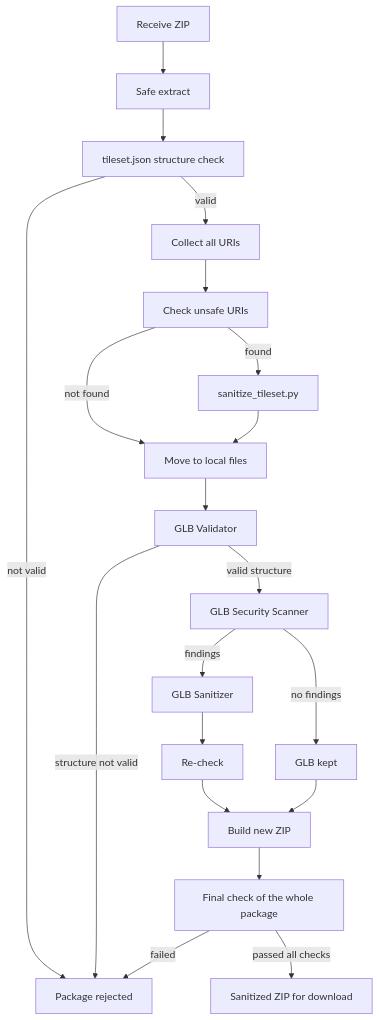
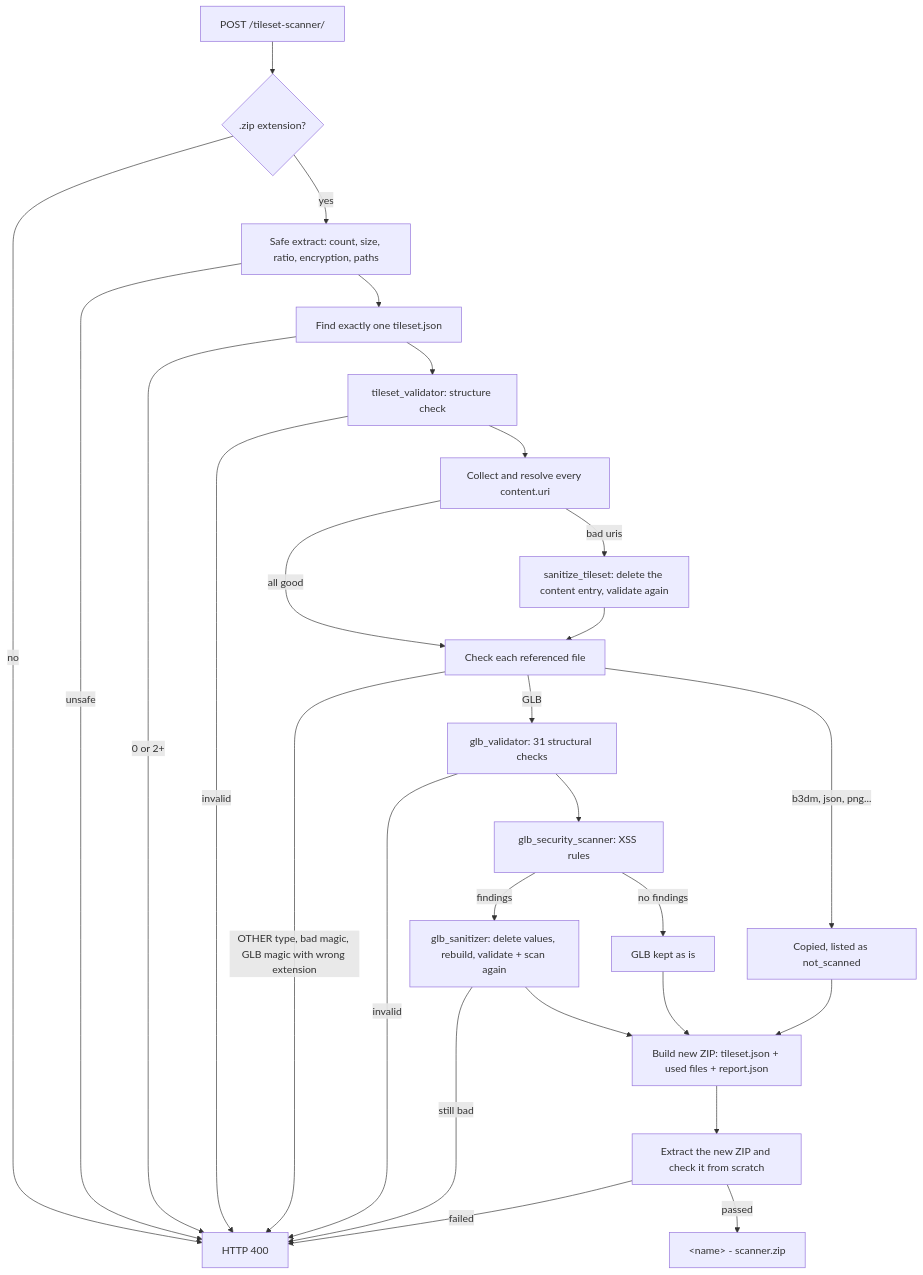
Before and after one commit to ofriimor/3dtiles-security-scanner: the diagram in README.md, drawn with Mermaid. The commit also changed other lines of this file and 1 other file, not shown here.

````diff
--- a/README.md
+++ b/README.md
@@ -35,22 +31,29 @@
 ```mermaid
 flowchart TD
-    A[Receive ZIP] --> B[Safe extract]
-    B --> C[tileset.json structure check]
-    C -->|valid| D[Collect all URIs]
-    C -->|not valid| R[Package rejected]
-    D --> E[Check unsafe URIs]
-    E -->|found| F[sanitize_tileset.py]
-    E -->|not found| G[Move to local files]
+    A[POST /tileset-scanner/] --> X{.zip extension?}
+    X -->|no| R[HTTP 400]
+    X -->|yes| B[Safe extract: count, size, ratio, encryption, paths]
+    B -->|unsafe| R
+    B --> T[Find exactly one tileset.json]
+    T -->|0 or 2+| R
+    T --> C[tileset_validator: structure check]
+    C -->|invalid| R
+    C --> D[Collect and resolve every content.uri]
+    D -->|bad uris| F[sanitize_tileset: delete the content entry, validate again]
+    D -->|all good| G[Check each referenced file]
     F --> G
-    G --> H[GLB Validator]
-    H -->|structure not valid| R
-    H -->|valid structure| I[GLB Security Scanner]
-    I -->|findings| J[GLB Sanitizer]
-    I -->|no findings| K[GLB kept]
-    J --> L[Re-check]
-    L --> M[Build new ZIP]
-    K --> M
-    M --> N[Final check of the whole package]
+    G -->|OTHER type, bad magic, GLB magic with wrong extension| R
+    G -->|b3dm, json, png...| NS[Copied, listed as not_scanned]
+    G -->|GLB| H[glb_validator: 31 structural checks]
+    H -->|invalid| R
+    H --> I[glb_security_scanner: XSS rules]
+    I -->|no findings| K[GLB kept as is]
+    I -->|findings| J[glb_sanitizer: delete values, rebuild, validate + scan again]
+    J -->|still bad| R
+    J --> M
+    K --> M[Build new ZIP: tileset.json + used files + report.json]
+    NS --> M
+    M --> N[Extract the new ZIP and check it from scratch]
     N -->|failed| R
-    N -->|passed all checks| O[Sanitized ZIP for download]
+    N -->|passed| O["&lt;name&gt; - scanner.zip"]
 ```
````
